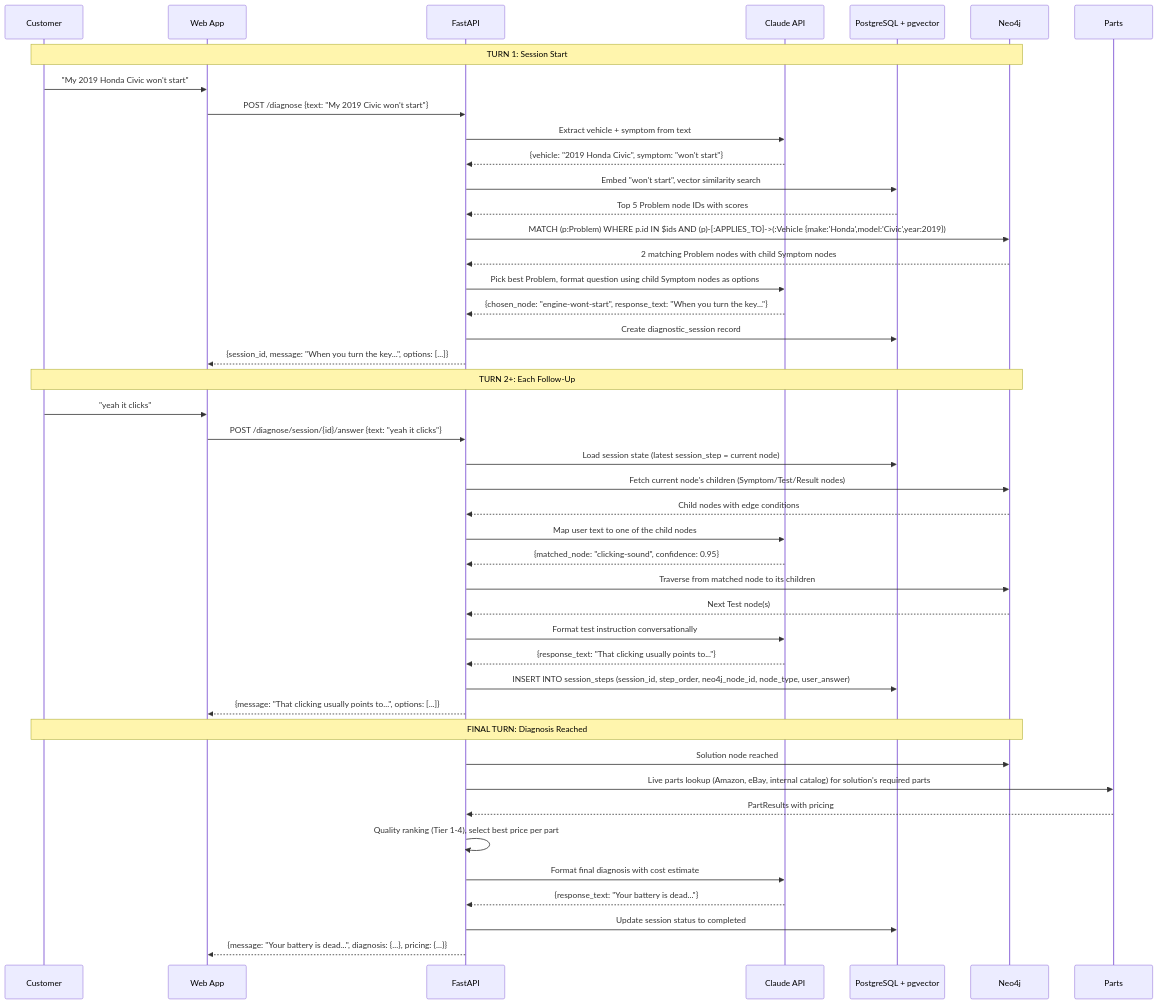
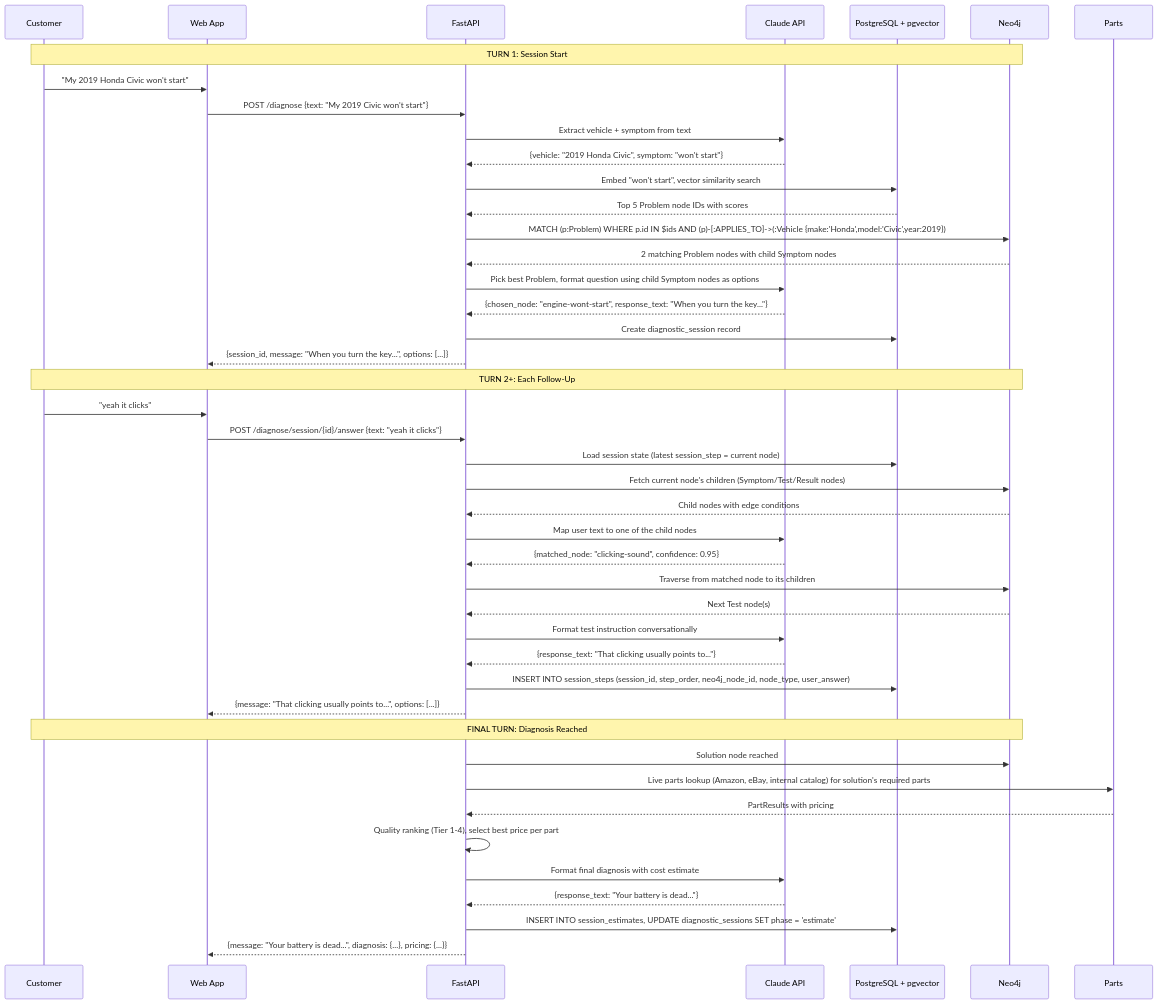
One commit to vjeeva/connected-diagnostics changed diagram 12 of 16 in .cursor/plans/diagnostic_knowledge_system_c18065b2.plan.md. Above: the diagram before and after it, drawn with Mermaid. The commit also changed other lines of this file and 77 other files, not shown here.

````diff
--- a/.cursor/plans/diagnostic_knowledge_system_c18065b2.plan.md
+++ b/.cursor/plans/diagnostic_knowledge_system_c18065b2.plan.md
@@ -1075,61 +1066,61 @@
 ```mermaid
 sequenceDiagram
     participant C as Customer
     participant App as Web App
     participant API as FastAPI
     participant LLM as Claude API
     participant PG as PostgreSQL + pgvector
     participant Neo as Neo4j
 
     Note over C,Neo: TURN 1: Session Start
 
     C->>App: "My 2019 Honda Civic won't start"
     App->>API: POST /diagnose {text: "My 2019 Civic won't start"}
 
     API->>LLM: Extract vehicle + symptom from text
     LLM-->>API: {vehicle: "2019 Honda Civic", symptom: "won't start"}
 
     API->>PG: Embed "won't start", vector similarity search
     PG-->>API: Top 5 Problem node IDs with scores
 
     API->>Neo: MATCH (p:Problem) WHERE p.id IN $ids AND (p)-[:APPLIES_TO]->(:Vehicle {make:'Honda',model:'Civic',year:2019})
     Neo-->>API: 2 matching Problem nodes with child Symptom nodes
 
     API->>LLM: Pick best Problem, format question using child Symptom nodes as options
     LLM-->>API: {chosen_node: "engine-wont-start", response_text: "When you turn the key..."}
 
     API->>PG: Create diagnostic_session record
     API-->>App: {session_id, message: "When you turn the key...", options: [...]}
 
     Note over C,Neo: TURN 2+: Each Follow-Up
 
     C->>App: "yeah it clicks"
     App->>API: POST /diagnose/session/{id}/answer {text: "yeah it clicks"}
 
     API->>PG: Load session state (latest session_step = current node)
     API->>Neo: Fetch current node's children (Symptom/Test/Result nodes)
     Neo-->>API: Child nodes with edge conditions
 
     API->>LLM: Map user text to one of the child nodes
     LLM-->>API: {matched_node: "clicking-sound", confidence: 0.95}
 
     API->>Neo: Traverse from matched node to its children
     Neo-->>API: Next Test node(s)
 
     API->>LLM: Format test instruction conversationally
     LLM-->>API: {response_text: "That clicking usually points to..."}
 
     API->>PG: INSERT INTO session_steps (session_id, step_order, neo4j_node_id, node_type, user_answer)
     API-->>App: {message: "That clicking usually points to...", options: [...]}
 
     Note over C,Neo: FINAL TURN: Diagnosis Reached
 
     API->>Neo: Solution node reached
     API->>Parts: Live parts lookup (Amazon, eBay, internal catalog) for solution's required parts
     Parts-->>API: PartResults with pricing
     API->>API: Quality ranking (Tier 1-4), select best price per part
     API->>LLM: Format final diagnosis with cost estimate
     LLM-->>API: {response_text: "Your battery is dead..."}
-    API->>PG: Update session status to completed
+    API->>PG: INSERT INTO session_estimates, UPDATE diagnostic_sessions SET phase = 'estimate'
     API-->>App: {message: "Your battery is dead...", diagnosis: {...}, pricing: {...}}
 ```
````
